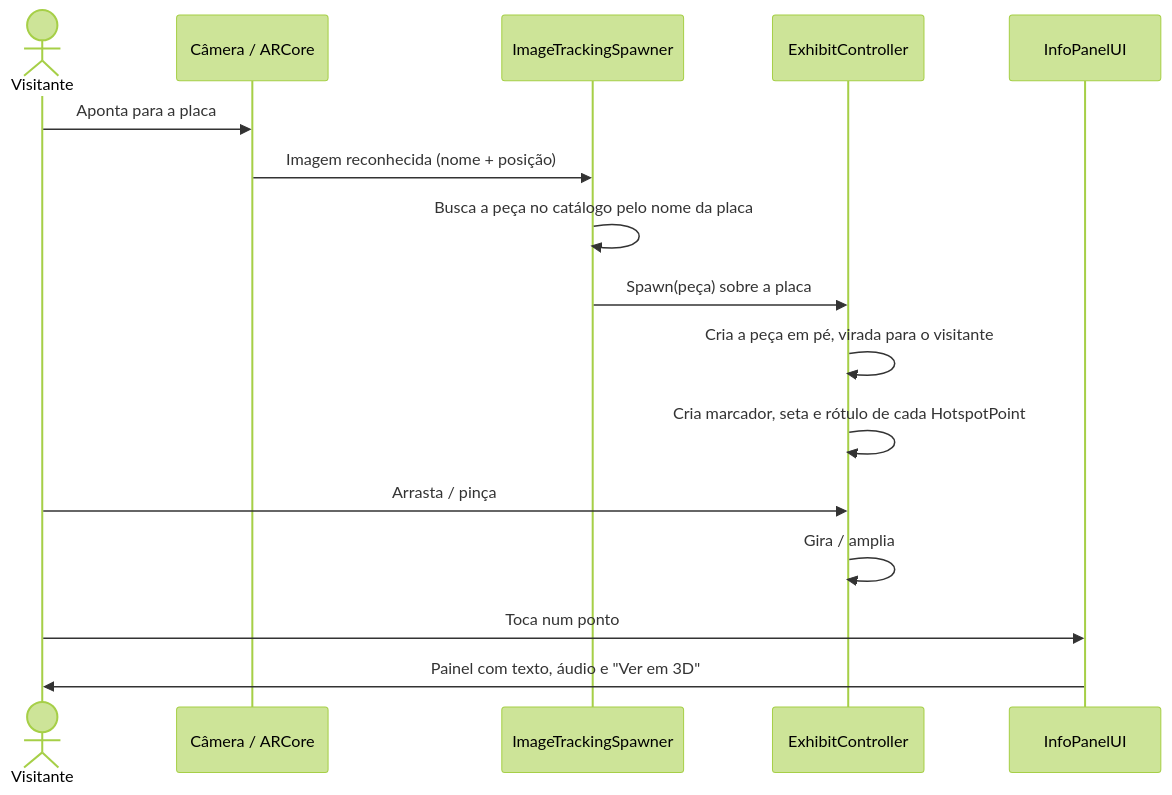
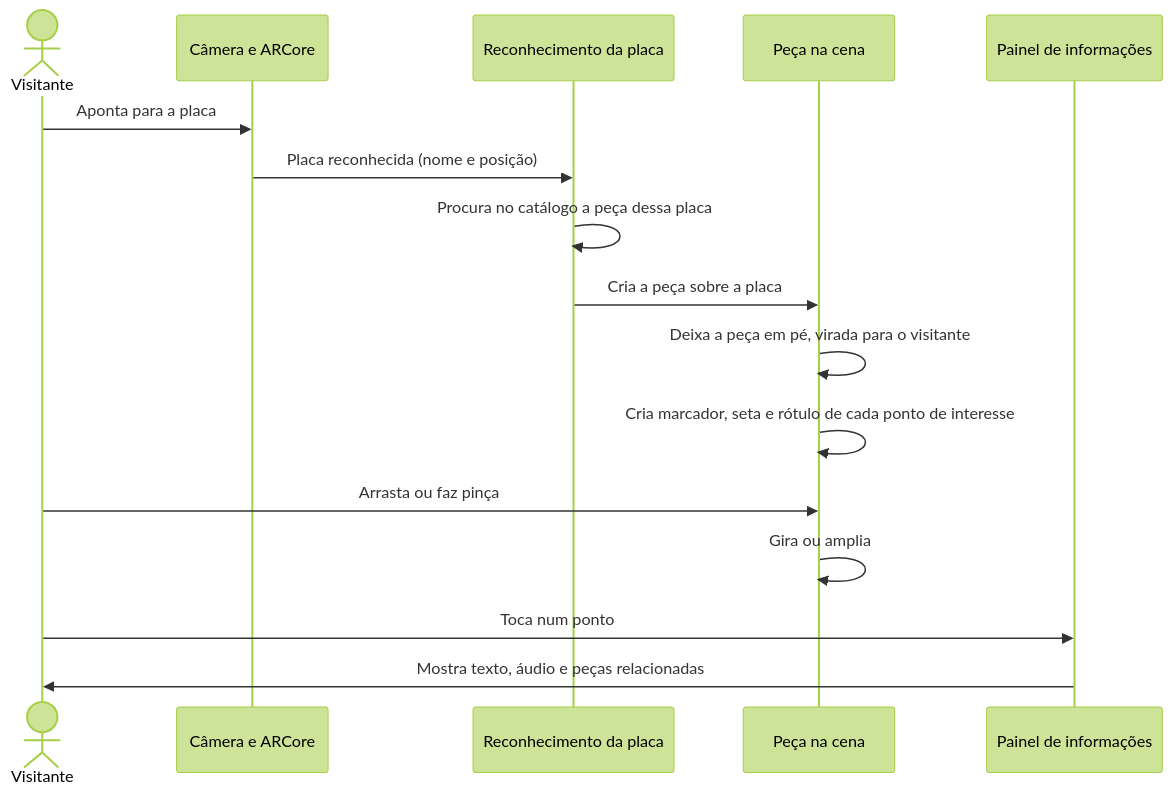
One commit to Kayke-Denelle/UPX-ARMOBILE changed the second of 4 diagrams in README.md. Above: the diagram before and after it, drawn with Mermaid (forest theme). The commit also changed other lines of this file and 8 other files, not shown here.

````diff
--- a/README.md
+++ b/README.md
@@ -217,19 +220,19 @@
 ```mermaid
 sequenceDiagram
     actor V as Visitante
-    participant C as Câmera / ARCore
-    participant T as ImageTrackingSpawner
-    participant E as ExhibitController
-    participant U as InfoPanelUI
+    participant C as Câmera e ARCore
+    participant R as Reconhecimento da placa
+    participant P as Peça na cena
+    participant I as Painel de informações
 
     V->>C: Aponta para a placa
-    C->>T: Imagem reconhecida (nome + posição)
-    T->>T: Busca a peça no catálogo pelo nome da placa
-    T->>E: Spawn(peça) sobre a placa
-    E->>E: Cria a peça em pé, virada para o visitante
-    E->>E: Cria marcador, seta e rótulo de cada HotspotPoint
-    V->>E: Arrasta / pinça
-    E->>E: Gira / amplia
-    V->>U: Toca num ponto
-    U->>V: Painel com texto, áudio e "Ver em 3D"
+    C->>R: Placa reconhecida (nome e posição)
+    R->>R: Procura no catálogo a peça dessa placa
+    R->>P: Cria a peça sobre a placa
+    P->>P: Deixa a peça em pé, virada para o visitante
+    P->>P: Cria marcador, seta e rótulo de cada ponto de interesse
+    V->>P: Arrasta ou faz pinça
+    P->>P: Gira ou amplia
+    V->>I: Toca num ponto
+    I->>V: Mostra texto, áudio e peças relacionadas
 ```
````
